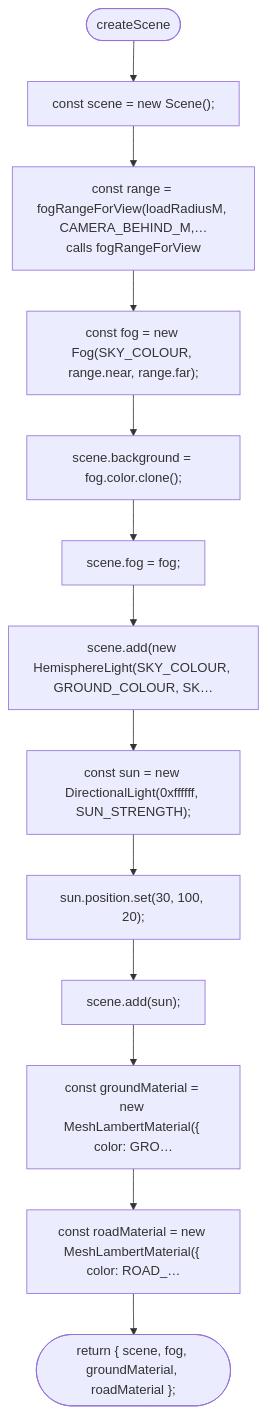
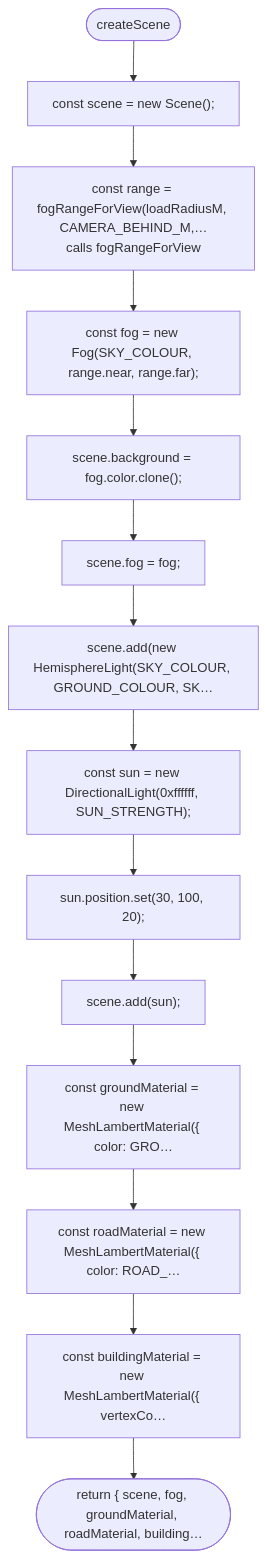
The second of 9 diagrams in docs/flows/src/game/scene.md (NewDara-Star/world-engine), drawn with Mermaid before and after one commit. The commit also changed other lines of this file and 306 other files, not shown here.

````diff
--- a/docs/flows/src/game/scene.md
+++ b/docs/flows/src/game/scene.md
@@ -28,28 +28,30 @@
 ```mermaid
 flowchart TD
   n1(["createScene"])
   n2["const scene = new Scene();"]
   n3["const range = fogRangeForView(loadRadiusM, CAMERA_BEHIND_M,…<br/>calls fogRangeForView"]
   n4["const fog = new Fog(SKY_COLOUR, range.near, range.far);"]
   n5["scene.background = fog.color.clone();"]
   n6["scene.fog = fog;"]
   n7["scene.add(new HemisphereLight(SKY_COLOUR, GROUND_COLOUR, SK…"]
   n8["const sun = new DirectionalLight(0xffffff, SUN_STRENGTH);"]
   n9["sun.position.set(30, 100, 20);"]
   n10["scene.add(sun);"]
   n11["const groundMaterial = new MeshLambertMaterial({ color: GRO…"]
   n12["const roadMaterial = new MeshLambertMaterial({ color: ROAD_…"]
-  n13(["return { scene, fog, groundMaterial, roadMaterial };"])
+  n13["const buildingMaterial = new MeshLambertMaterial({ vertexCo…"]
+  n14(["return { scene, fog, groundMaterial, roadMaterial, building…"])
   n1 --> n2
   n2 --> n3
   n3 --> n4
   n4 --> n5
   n5 --> n6
   n6 --> n7
   n7 --> n8
   n8 --> n9
   n9 --> n10
   n10 --> n11
   n11 --> n12
   n12 --> n13
+  n13 --> n14
 ```
````
